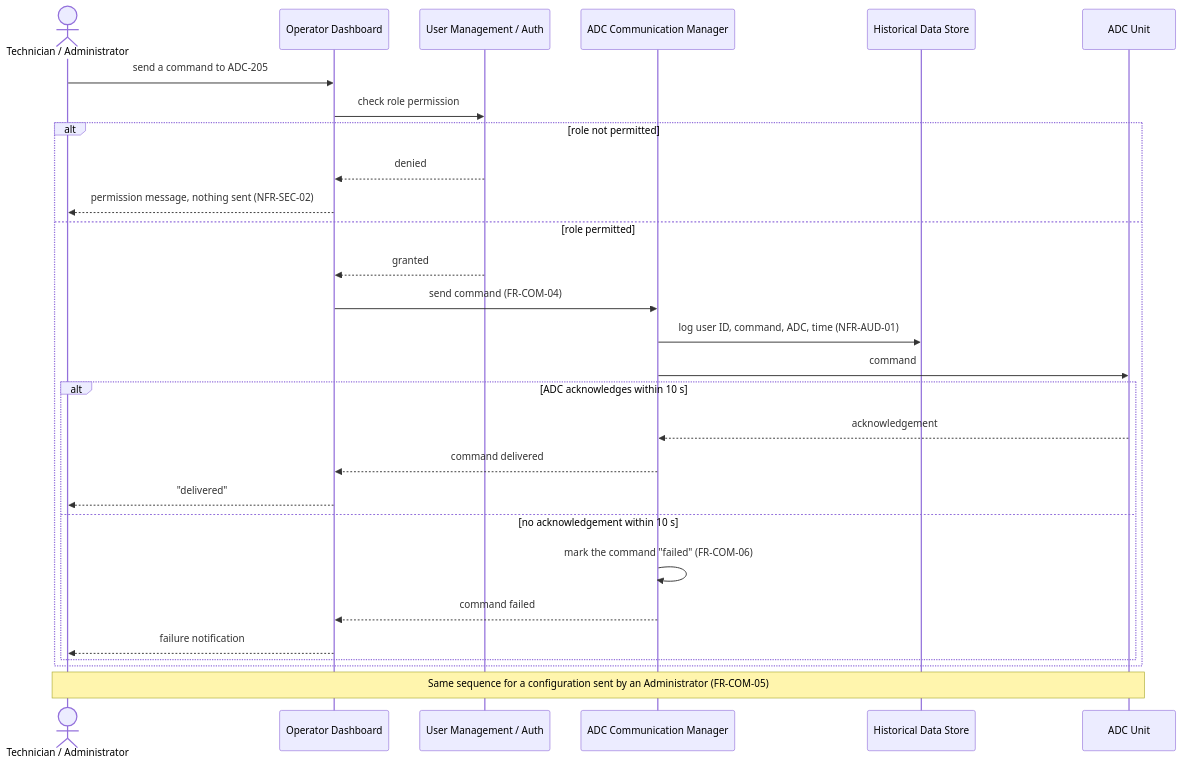
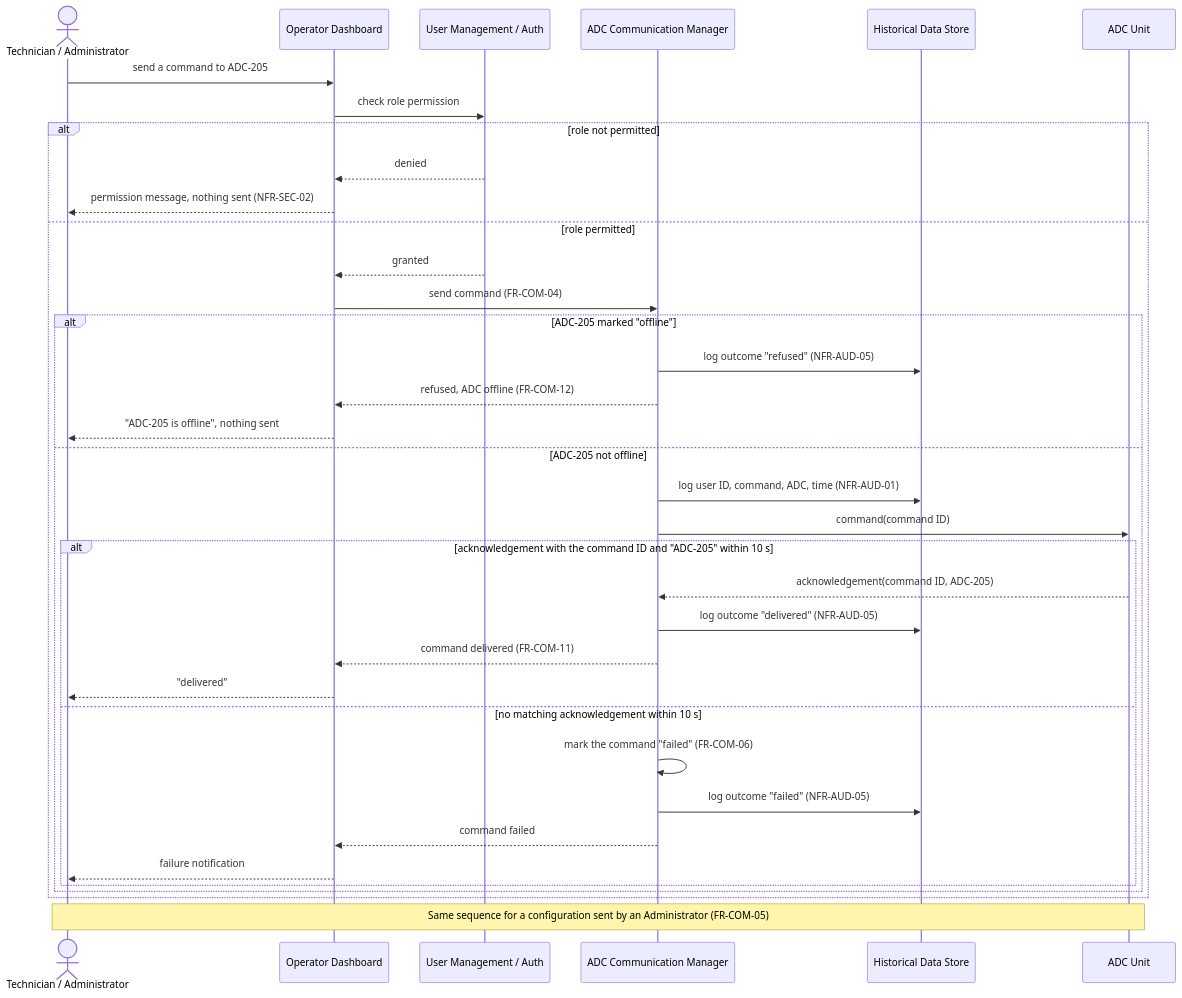
The third of 3 diagrams in docs/part-b/diagrams/sequence-diagram.md (LukaMrt/3K04-project), drawn with Mermaid before and after one commit. The commit also changed other lines of this file and 10 other files, not shown here.

````diff
--- a/docs/part-b/diagrams/sequence-diagram.md
+++ b/docs/part-b/diagrams/sequence-diagram.md
@@ -111,32 +121,40 @@
 ```mermaid
 sequenceDiagram
     actor Tech as Technician / Administrator
     participant Dashboard as Operator Dashboard
     participant UserMgmt as User Management / Auth
     participant CommMgr as ADC Communication Manager
     participant HistStore as Historical Data Store
     participant ADC as ADC Unit
 
     Tech->>Dashboard: send a command to ADC-205
     Dashboard->>UserMgmt: check role permission
     alt role not permitted
         UserMgmt-->>Dashboard: denied
         Dashboard-->>Tech: permission message, nothing sent (NFR-SEC-02)
     else role permitted
         UserMgmt-->>Dashboard: granted
         Dashboard->>CommMgr: send command (FR-COM-04)
-        CommMgr->>HistStore: log user ID, command, ADC, time (NFR-AUD-01)
-        CommMgr->>ADC: command
-        alt ADC acknowledges within 10 s
-            ADC-->>CommMgr: acknowledgement
-            CommMgr-->>Dashboard: command delivered
-            Dashboard-->>Tech: "delivered"
-        else no acknowledgement within 10 s
-            CommMgr->>CommMgr: mark the command "failed" (FR-COM-06)
-            CommMgr-->>Dashboard: command failed
-            Dashboard-->>Tech: failure notification
+        alt ADC-205 marked "offline"
+            CommMgr->>HistStore: log outcome "refused" (NFR-AUD-05)
+            CommMgr-->>Dashboard: refused, ADC offline (FR-COM-12)
+            Dashboard-->>Tech: "ADC-205 is offline", nothing sent
+        else ADC-205 not offline
+            CommMgr->>HistStore: log user ID, command, ADC, time (NFR-AUD-01)
+            CommMgr->>ADC: command(command ID)
+            alt acknowledgement with the command ID and "ADC-205" within 10 s
+                ADC-->>CommMgr: acknowledgement(command ID, ADC-205)
+                CommMgr->>HistStore: log outcome "delivered" (NFR-AUD-05)
+                CommMgr-->>Dashboard: command delivered (FR-COM-11)
+                Dashboard-->>Tech: "delivered"
+            else no matching acknowledgement within 10 s
+                CommMgr->>CommMgr: mark the command "failed" (FR-COM-06)
+                CommMgr->>HistStore: log outcome "failed" (NFR-AUD-05)
+                CommMgr-->>Dashboard: command failed
+                Dashboard-->>Tech: failure notification
+            end
         end
     end
 
     Note over Tech,ADC: Same sequence for a configuration sent by an Administrator (FR-COM-05)
 ```
````
